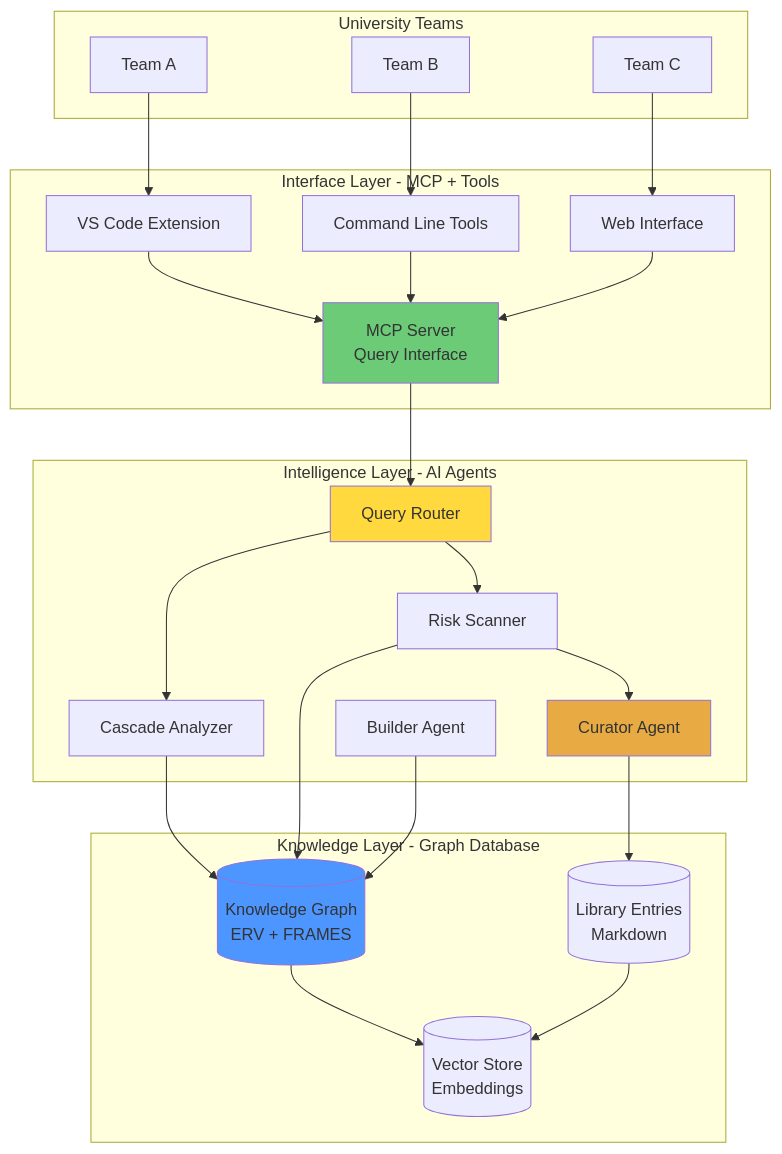
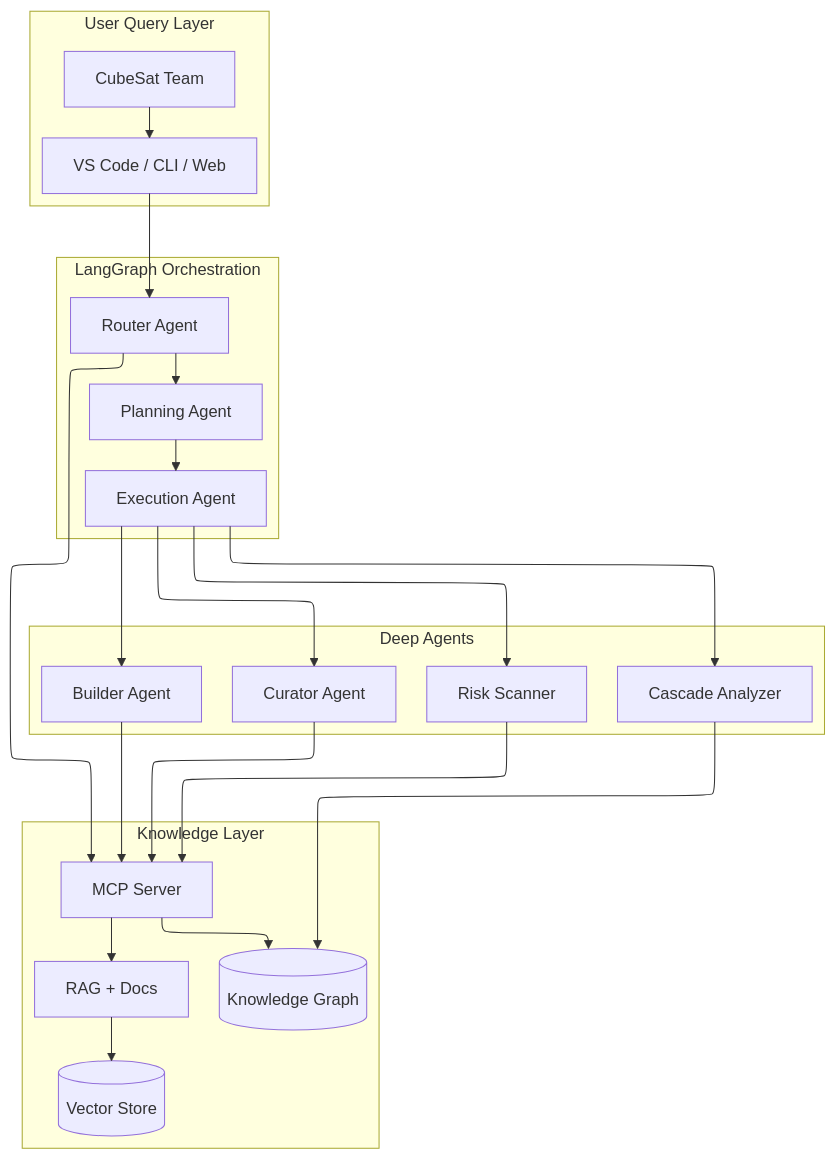
Before and after one commit to Lizo-RoadTown/proveskit-agent: the first of 2 diagrams in pages/architecture.md, drawn with Mermaid. The commit also changed other lines of this file and 9 other files, not shown here.

Commit message:
Align site with PROVES Library architecture

````diff
--- a/pages/architecture.md
+++ b/pages/architecture.md
@@ -18,55 +16,48 @@
 ```mermaid
-graph TB
-    subgraph Layer1[Knowledge Layer - Graph Database]
-        Graph[(Knowledge Graph<br/>ERV + FRAMES)]
-        Library[(Library Entries<br/>Markdown)]
-        Vector[(Vector Store<br/>Embeddings)]
-    end
+%%{init: {'flowchart': {'defaultRenderer': 'elk'}}}%%
+flowchart TB
+  subgraph Query[User Query Layer]
+    User[CubeSat Team]
+    UI[VS Code / CLI / Web]
+  end
 
-    subgraph Layer2[Intelligence Layer - AI Agents]
-        Router[Query Router]
-        Cascade[Cascade Analyzer]
-        Curator[Curator Agent]
-        Builder[Builder Agent]
-        Scanner[Risk Scanner]
-    end
+  subgraph Orchestration[LangGraph Orchestration]
+    Router[Router Agent]
+    Planner[Planning Agent]
+    Executor[Execution Agent]
+  end
 
-    subgraph Layer3[Interface Layer - MCP + Tools]
-        MCP[MCP Server<br/>Query Interface]
-        VSCode[VS Code Extension]
-        CLI[Command Line Tools]
-        Web[Web Interface]
-    end
+  subgraph Agents[Deep Agents]
+    Curator[Curator Agent]
+    Scanner[Risk Scanner]
+    Builder[Builder Agent]
+    Analyzer[Cascade Analyzer]
+  end
 
-    subgraph Users[University Teams]
-        Team1[Team A]
-        Team2[Team B]
-        Team3[Team C]
-    end
+  subgraph Knowledge[Knowledge Layer]
+    MCP[MCP Server]
+    GraphDB[(Knowledge Graph)]
+    RAG[RAG + Docs]
+    VectorDB[(Vector Store)]
+  end
 
-    Team1 --> VSCode
-    Team2 --> CLI
-    Team3 --> Web
+  User --> UI
+  UI --> Router
+  Router --> MCP
+  Router --> Planner
+  Planner --> Executor
 
-    VSCode --> MCP
-    CLI --> MCP
-    Web --> MCP
+  Executor --> Curator
+  Executor --> Scanner
+  Executor --> Builder
+  Executor --> Analyzer
 
-    MCP --> Router
-    Router --> Cascade
-    Router --> Scanner
-    Cascade --> Graph
-    Scanner --> Graph
+  Curator --> MCP
+  Scanner --> MCP
+  Builder --> MCP
+  Analyzer --> GraphDB
 
-    Curator --> Library
-    Builder --> Graph
-    Scanner --> Curator
-
-    Graph --> Vector
-    Library --> Vector
-
-    style Graph fill:#4D96FF
-    style MCP fill:#6BCB77
-    style Router fill:#FFD93D
-    style Curator fill:#E8AA42
+  MCP --> GraphDB
+  MCP --> RAG
+  RAG --> VectorDB
 ```
````
